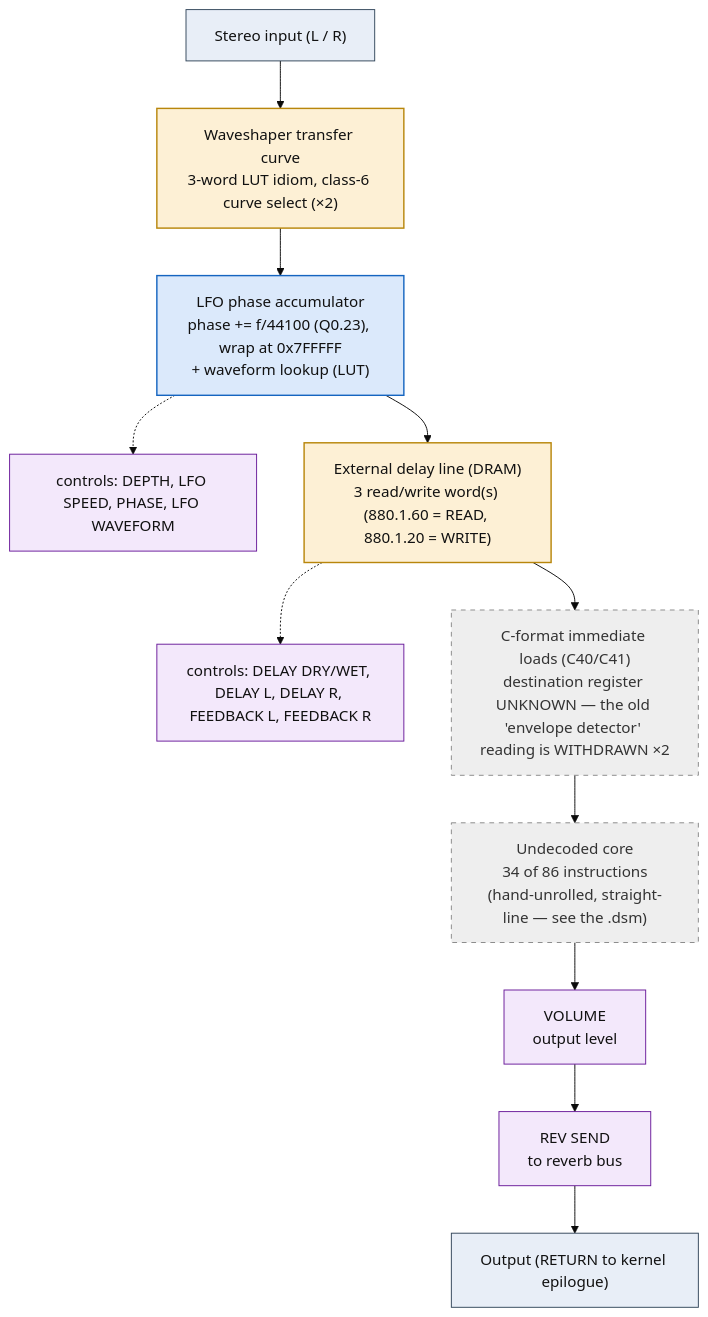
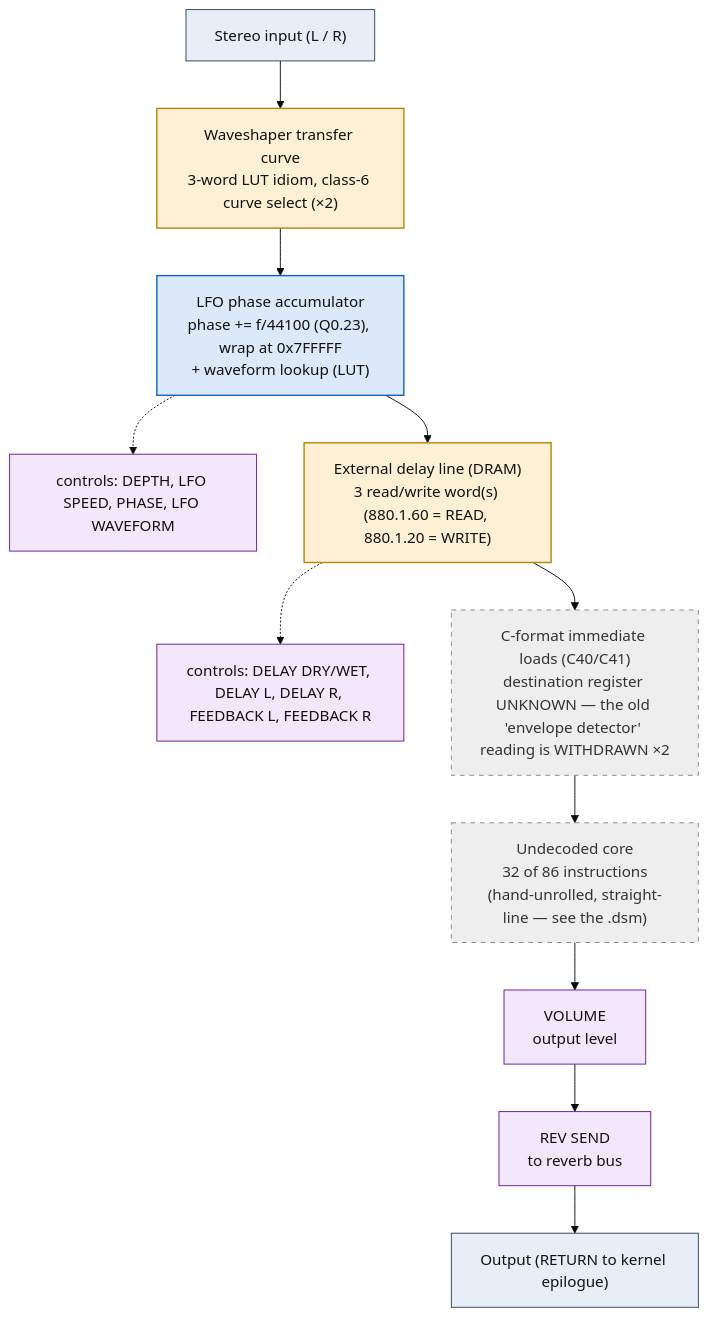
One commit to ArqueologiaDigital/kn5000-roms-disasm changed the diagram in dsp/flowcharts/prog67_s_delay_vibrato.md. Above: the diagram before and after it, drawn with Mermaid (base theme). The commit also changed other lines of this file and 63 other files, not shown here.

````diff
--- a/dsp/flowcharts/prog67_s_delay_vibrato.md
+++ b/dsp/flowcharts/prog67_s_delay_vibrato.md
@@ -12,36 +12,36 @@
 ```mermaid
 flowchart TD
     N0["Stereo input (L / R)"]
     N1["Waveshaper transfer curve<br/>3-word LUT idiom, class-6 curve select (&times;2)"]
     N0 --> N1
     N2["LFO phase accumulator<br/>phase += f/44100 (Q0.23), wrap at 0x7FFFFF<br/>+ waveform lookup (LUT)"]
     N1 --> N2
     N3["controls: DEPTH, LFO SPEED, PHASE, LFO WAVEFORM"]
     N2 -.-> N3
     N4["External delay line (DRAM)<br/>3 read/write word(s) (880.1.60 = READ, 880.1.20 = WRITE)"]
     N2 --> N4
     N5["controls: DELAY DRY/WET, DELAY L, DELAY R, FEEDBACK L, FEEDBACK R"]
     N4 -.-> N5
     N6["C-format immediate loads (C40/C41)<br/>destination register UNKNOWN &mdash; the old 'envelope detector' reading is WITHDRAWN &times;2"]
     N4 --> N6
-    N7["Undecoded core<br/>34 of 86 instructions<br/>(hand-unrolled, straight-line &mdash; see the .dsm)"]
+    N7["Undecoded core<br/>32 of 86 instructions<br/>(hand-unrolled, straight-line &mdash; see the .dsm)"]
     N6 --> N7
     N8["VOLUME<br/>output level"]
     N7 --> N8
     N9["REV SEND<br/>to reverb bus"]
     N8 --> N9
     N10["Output (RETURN to kernel epilogue)"]
     N9 --> N10
 
     classDef io fill:#e8eef7,stroke:#33475b,stroke-width:1px,color:#111;
     classDef proven fill:#d7f0d7,stroke:#2e7d32,stroke-width:2px,color:#111;
     classDef measured fill:#dbe9fb,stroke:#1565c0,stroke-width:1.5px,color:#111;
     classDef inferred fill:#fdf0d5,stroke:#b8860b,stroke-width:1.5px,color:#111;
     classDef open fill:#eeeeee,stroke:#888,stroke-width:1px,color:#333,stroke-dasharray:5 5;
     classDef ctrl fill:#f3e8fb,stroke:#6a1b9a,stroke-width:1px,color:#111;
     class N0,N10 io;
     class N1,N4 inferred;
     class N2 measured;
     class N3,N5,N8,N9 ctrl;
     class N6,N7 open;
 ```
````
